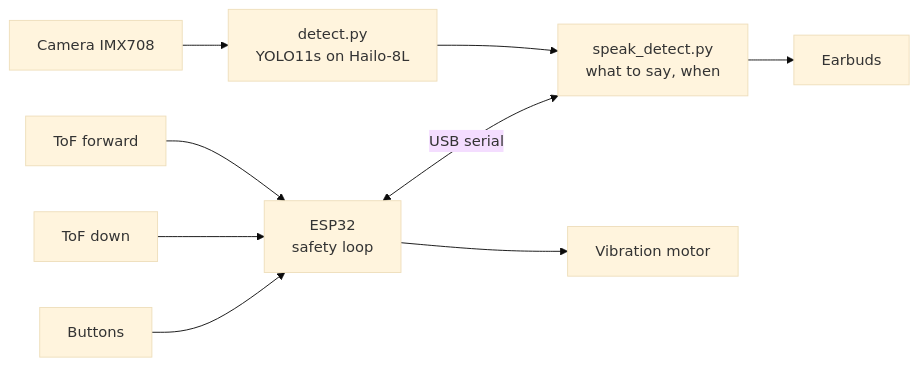
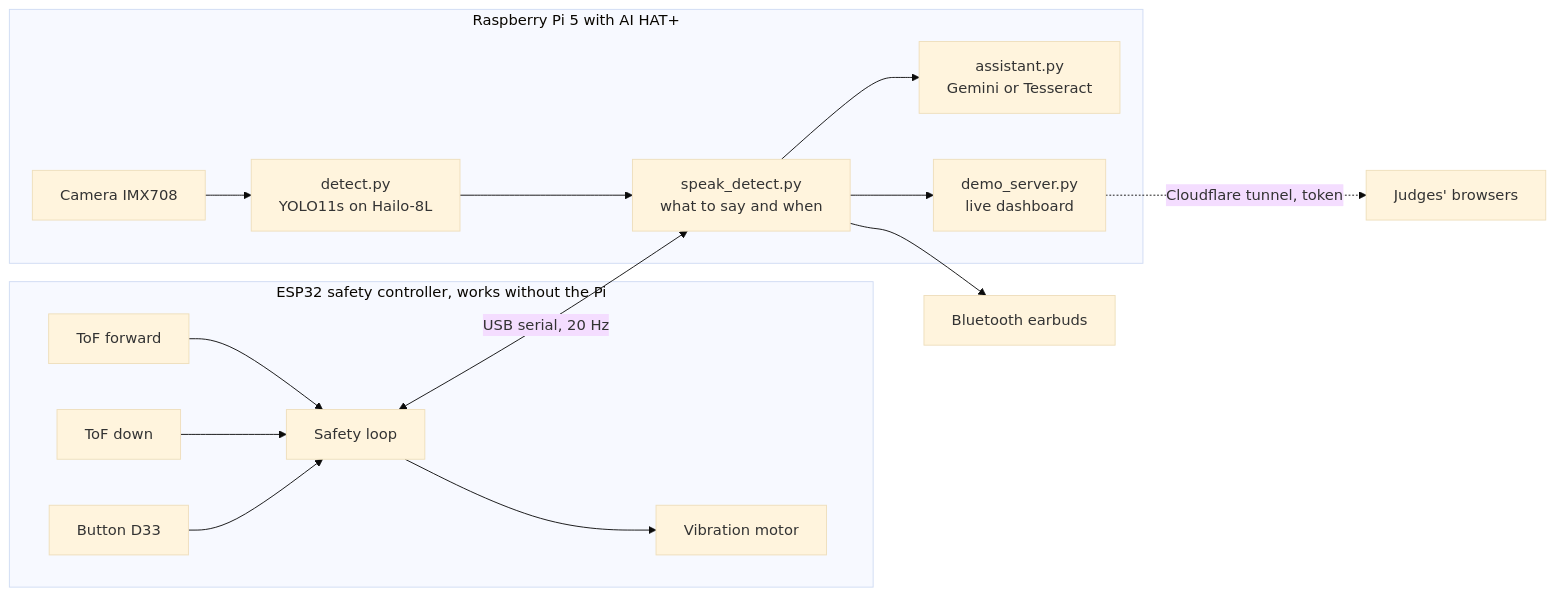
One commit to adeliusa486/KSCDR-Hackathon-SmartCane2.0 changed the diagram in README.md. Above: the diagram before and after it, drawn with Mermaid (base theme). The commit also changed other lines of this file and 141 other files, not shown here.

First line of the commit message:
Live dashboard that works through the tunnel, website on GitHub Pages

````diff
--- a/README.md
+++ b/README.md
@@ -45,11 +79,18 @@
 ```mermaid
 flowchart LR
-  CAM[Camera IMX708] --> DET[detect.py<br/>YOLO11s on Hailo-8L]
-  DET --> SPK[speak_detect.py<br/>what to say, when]
-  TOF1[ToF forward] --> ESP[ESP32<br/>safety loop]
-  TOF2[ToF down] --> ESP
-  BTN[Buttons] --> ESP
-  ESP --> MOT[Vibration motor]
-  ESP <-->|USB serial| SPK
-  SPK --> EAR[Earbuds]
+  subgraph ESP["ESP32 safety controller, works without the Pi"]
+    TOF1[ToF forward] --> LOOP[Safety loop]
+    TOF2[ToF down] --> LOOP
+    BTN[Button D33] --> LOOP
+    LOOP --> MOT[Vibration motor]
+  end
+  subgraph PI["Raspberry Pi 5 with AI HAT+"]
+    CAM[Camera IMX708] --> DET["detect.py<br/>YOLO11s on Hailo-8L"]
+    DET --> SPK["speak_detect.py<br/>what to say and when"]
+    SPK --> AST["assistant.py<br/>Gemini or Tesseract"]
+    SPK --> DASH["demo_server.py<br/>live dashboard"]
+  end
+  LOOP <-->|"USB serial, 20 Hz"| SPK
+  SPK --> EAR[Bluetooth earbuds]
+  DASH -.->|"Cloudflare tunnel, token"| WEB["Judges' browsers"]
 ```
````
